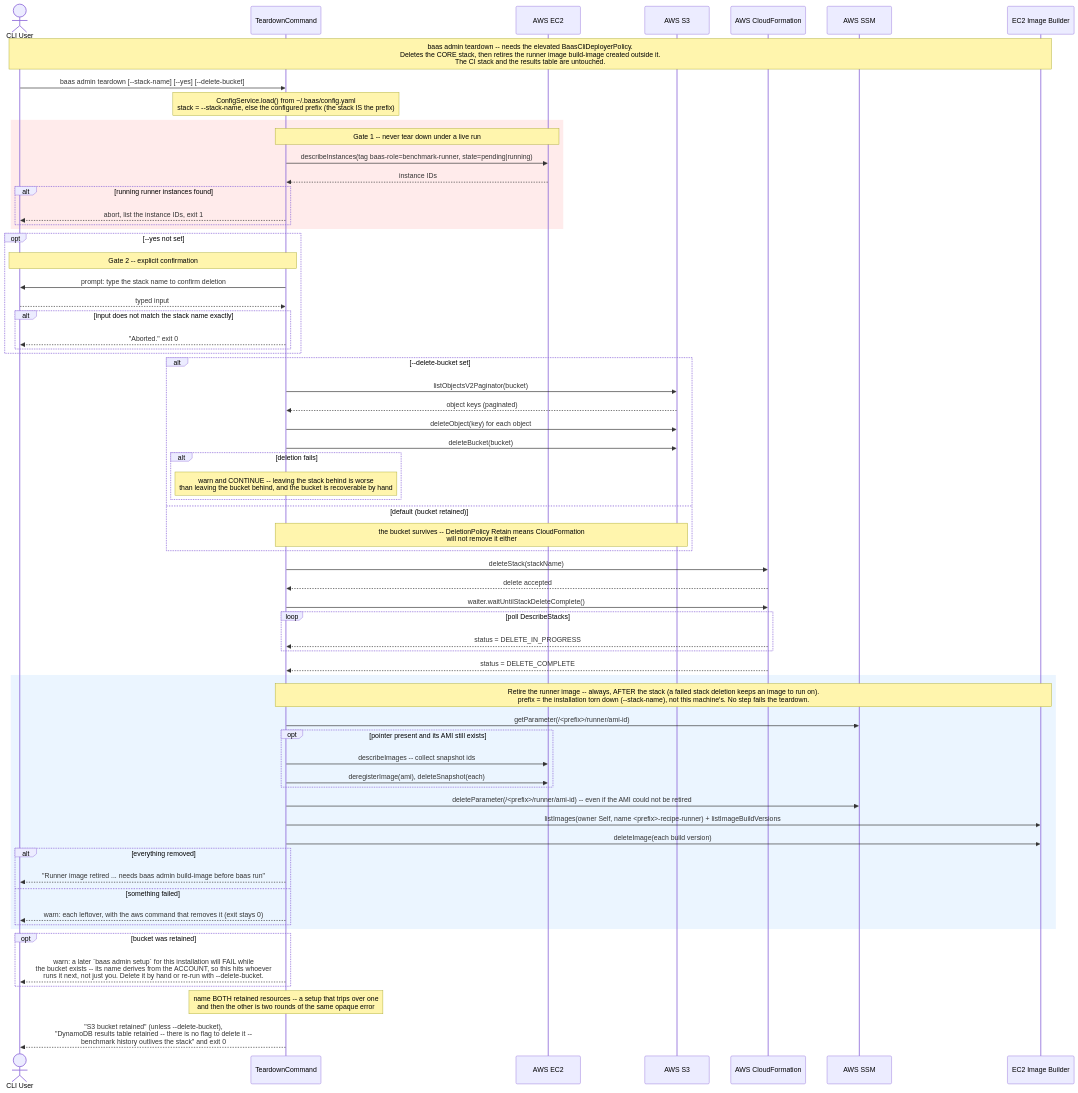
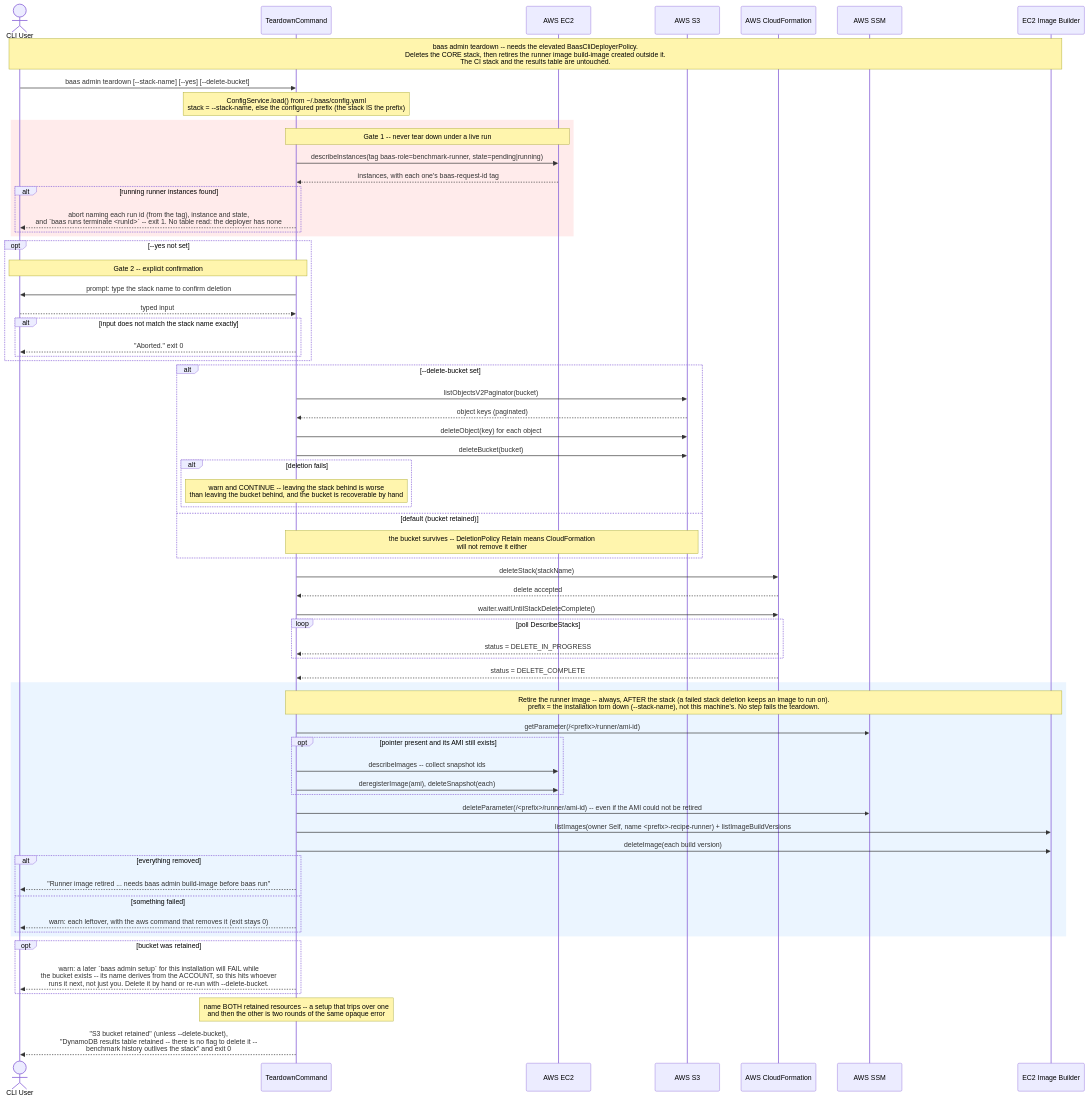
Before and after one commit to wsztajerowski/benchmark-as-a-service: the diagram in docs/diagrams/baas-teardown.mmd, drawn with Mermaid. The commit also changed 18 other files, not shown here.

First line of the commit message:
docs: describe run items, baas runs and the removed --no-database

```diff
--- a/docs/diagrams/baas-teardown.mmd
+++ b/docs/diagrams/baas-teardown.mmd
@@ -1,73 +1,73 @@
 sequenceDiagram
     actor User as CLI User
     participant TD as TeardownCommand
     participant EC2 as AWS EC2
     participant S3 as AWS S3
     participant CF as AWS CloudFormation
     participant SSM as AWS SSM
     participant IB as EC2 Image Builder
 
     Note over User,IB: baas admin teardown -- needs the elevated BaasCliDeployerPolicy.<br/>Deletes the CORE stack, then retires the runner image build-image created outside it.<br/>The CI stack and the results table are untouched.
     User->>TD: baas admin teardown [--stack-name] [--yes] [--delete-bucket]
     Note over TD: ConfigService.load() from ~/.baas/config.yaml<br/>stack = --stack-name, else the configured prefix (the stack IS the prefix)
 
     rect rgb(255, 235, 235)
         Note over TD,EC2: Gate 1 -- never tear down under a live run
         TD->>EC2: describeInstances(tag baas-role=benchmark-runner, state=pending|running)
-        EC2-->>TD: instance IDs
+        EC2-->>TD: instances, with each one's baas-request-id tag
         alt running runner instances found
-            TD-->>User: abort, list the instance IDs, exit 1
+            TD-->>User: abort naming each run id (from the tag), instance and state,<br/>and `baas runs terminate <runId>` -- exit 1. No table read: the deployer has none
         end
     end
 
     opt --yes not set
         Note over TD,User: Gate 2 -- explicit confirmation
         TD->>User: prompt: type the stack name to confirm deletion
         User-->>TD: typed input
         alt input does not match the stack name exactly
             TD-->>User: "Aborted." exit 0
         end
     end
 
     alt --delete-bucket set
         TD->>S3: listObjectsV2Paginator(bucket)
         S3-->>TD: object keys (paginated)
         TD->>S3: deleteObject(key) for each object
         TD->>S3: deleteBucket(bucket)
         alt deletion fails
             Note over TD: warn and CONTINUE -- leaving the stack behind is worse<br/>than leaving the bucket behind, and the bucket is recoverable by hand
         end
     else default (bucket retained)
         Note over TD,S3: the bucket survives -- DeletionPolicy Retain means CloudFormation<br/>will not remove it either
     end
 
     TD->>CF: deleteStack(stackName)
     CF-->>TD: delete accepted
     TD->>CF: waiter.waitUntilStackDeleteComplete()
     loop poll DescribeStacks
         CF-->>TD: status = DELETE_IN_PROGRESS
     end
     CF-->>TD: status = DELETE_COMPLETE
 
     rect rgb(235, 245, 255)
         Note over TD,IB: Retire the runner image -- always, AFTER the stack (a failed stack deletion keeps an image to run on).<br/>prefix = the installation torn down (--stack-name), not this machine's. No step fails the teardown.
         TD->>SSM: getParameter(/<prefix>/runner/ami-id)
         opt pointer present and its AMI still exists
             TD->>EC2: describeImages -- collect snapshot ids
             TD->>EC2: deregisterImage(ami), deleteSnapshot(each)
         end
         TD->>SSM: deleteParameter(/<prefix>/runner/ami-id) -- even if the AMI could not be retired
         TD->>IB: listImages(owner Self, name <prefix>-recipe-runner) + listImageBuildVersions
         TD->>IB: deleteImage(each build version)
         alt everything removed
             TD-->>User: "Runner image retired ... needs baas admin build-image before baas run"
         else something failed
             TD-->>User: warn: each leftover, with the aws command that removes it (exit stays 0)
         end
     end
 
     opt bucket was retained
         TD-->>User: warn: a later `baas admin setup` for this installation will FAIL while<br/>the bucket exists -- its name derives from the ACCOUNT, so this hits whoever<br/>runs it next, not just you. Delete it by hand or re-run with --delete-bucket.
     end
     Note over TD: name BOTH retained resources -- a setup that trips over one<br/>and then the other is two rounds of the same opaque error
     TD-->>User: "S3 bucket retained" (unless --delete-bucket),<br/>"DynamoDB results table retained -- there is no flag to delete it --<br/>benchmark history outlives the stack" and exit 0
```
